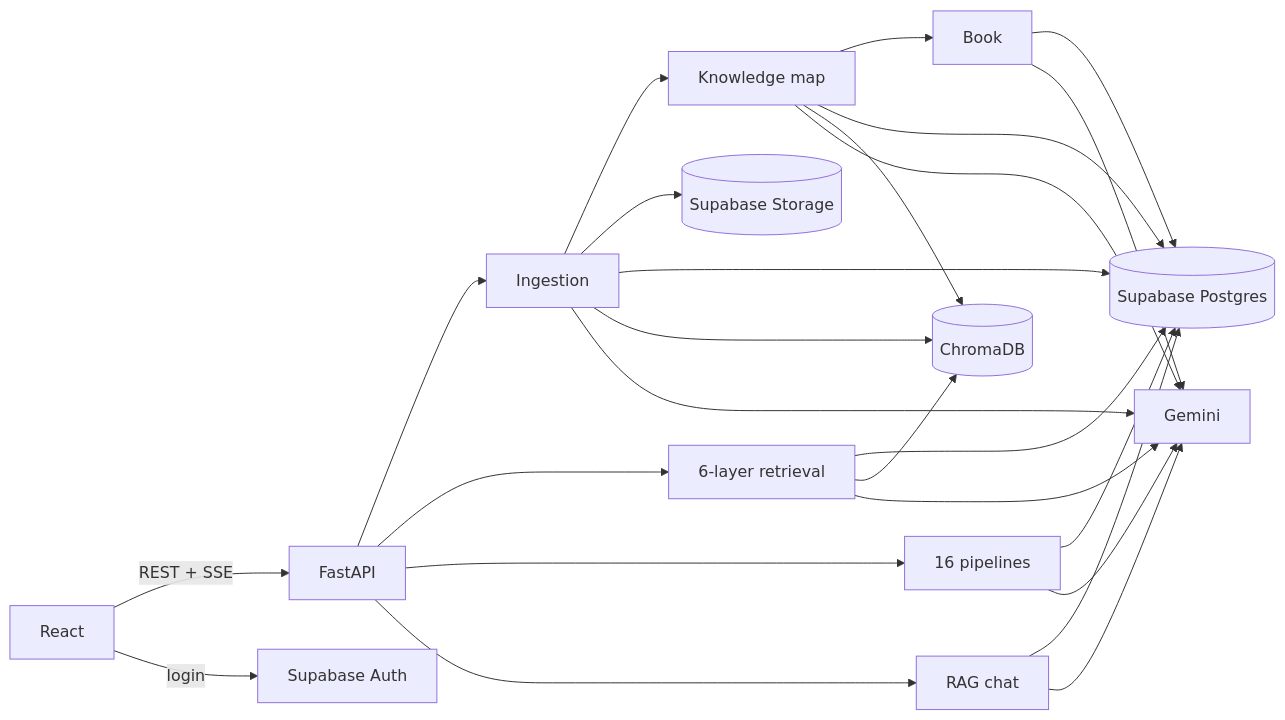
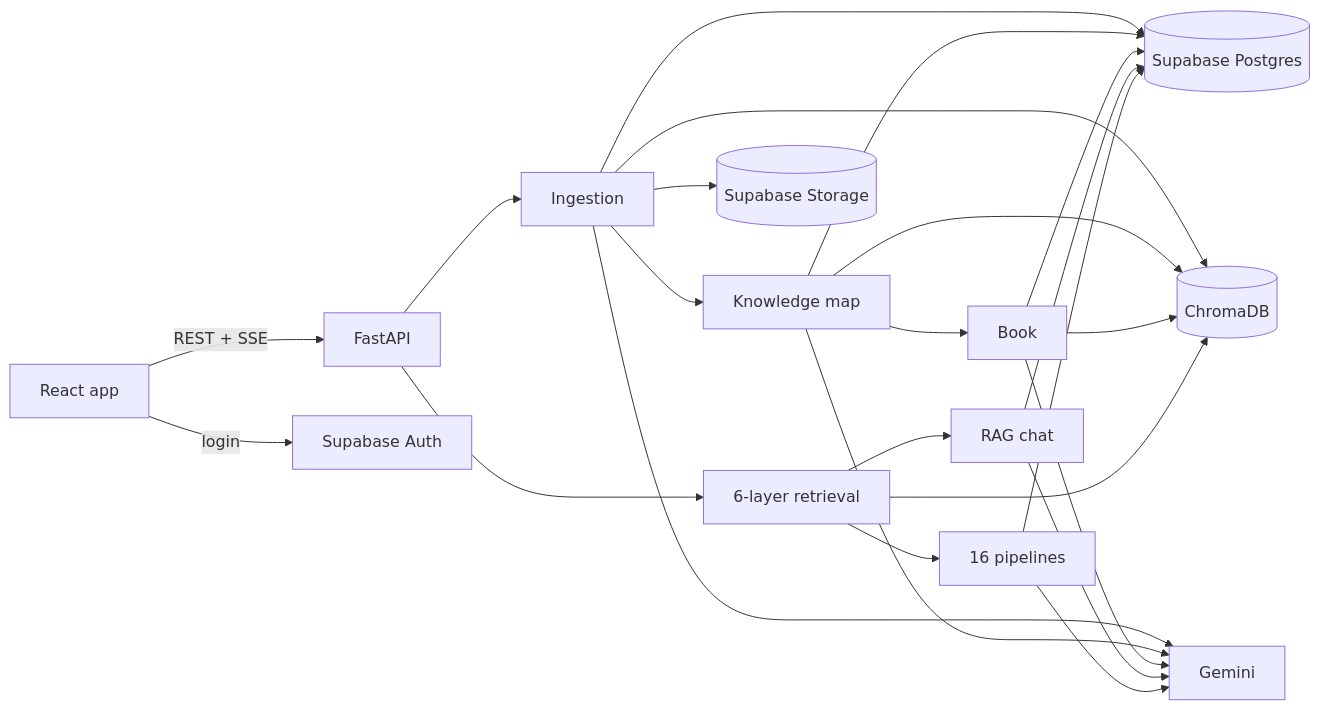
One commit to Lukey-7/StudyForge changed the second of 2 diagrams in README.md. Above: the diagram before and after it, drawn with Mermaid. The commit also changed other lines of this file and 11 other files, not shown here.

````diff
--- a/README.md
+++ b/README.md
@@ -38,11 +78,11 @@
 ```mermaid
 flowchart LR
-  UI[React] -- REST + SSE --> API[FastAPI]
+  UI[React app] -- REST + SSE --> API[FastAPI]
   UI -- login --> AUTH[Supabase Auth]
-  API --> ING[Ingestion] & RET[6-layer retrieval] & GEN[16 pipelines] & CHAT[RAG chat]
-  ING --> KM[Knowledge map] --> BOOK[Book]
+  API --> ING[Ingestion] --> KM[Knowledge map] --> BOOK[Book]
+  API --> RET[6-layer retrieval] --> CHAT[RAG chat] & GEN[16 pipelines]
   ING --> ST[(Supabase Storage)]
-  ING & RET & GEN & CHAT & KM & BOOK --> PG[(Supabase Postgres)]
-  ING & RET & KM --> CH[(ChromaDB)]
-  ING & RET & GEN & CHAT & KM & BOOK --> GEM[Gemini]
+  ING & KM & BOOK & CHAT & GEN --> PG[(Supabase Postgres)]
+  ING & KM & BOOK & RET --> CH[(ChromaDB)]
+  ING & KM & BOOK & CHAT & GEN --> GEM[Gemini]
 ```
````
